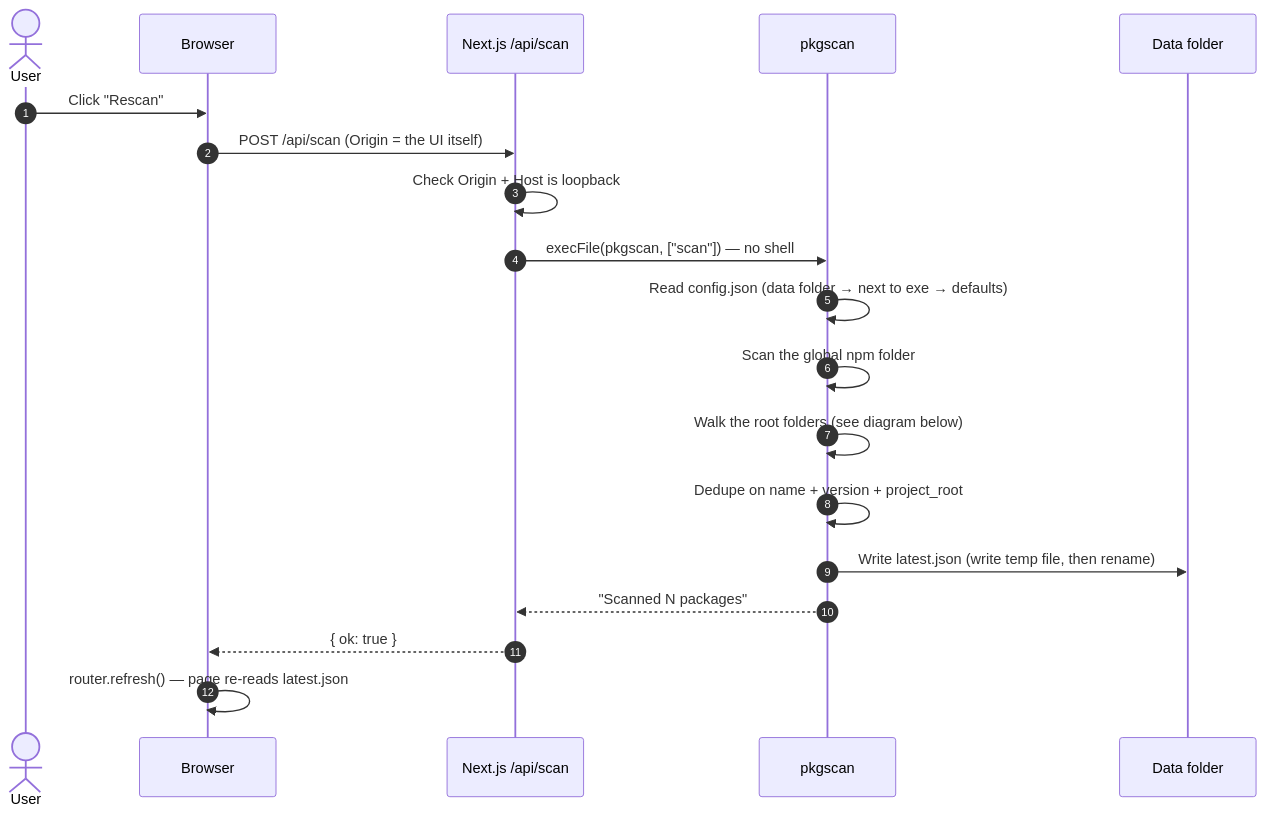
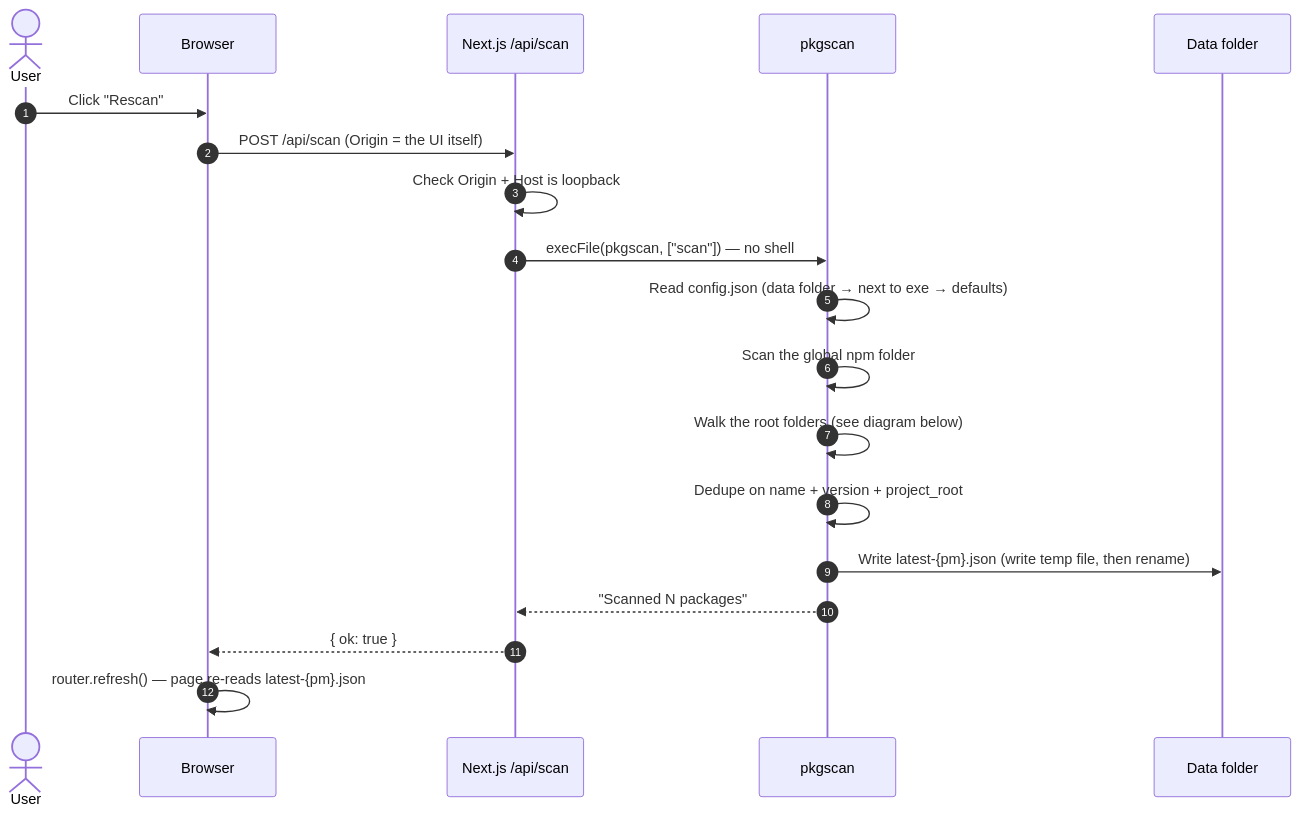
Before and after one commit to phanhuyyy/libpack-guard: the second of 12 diagrams in docs/en/workflows.md, drawn with Mermaid. The commit also changed other lines of this file and 50 other files, not shown here.

````diff
--- a/docs/en/workflows.md
+++ b/docs/en/workflows.md
@@ -38,22 +38,22 @@
 ```mermaid
 sequenceDiagram
     autonumber
     actor U as User
     participant B as Browser
     participant S as Next.js /api/scan
     participant A as pkgscan
     participant D as Data folder
 
     U->>B: Click "Rescan"
     B->>S: POST /api/scan (Origin = the UI itself)
     S->>S: Check Origin + Host is loopback
     S->>A: execFile(pkgscan, ["scan"]) — no shell
     A->>A: Read config.json (data folder → next to exe → defaults)
     A->>A: Scan the global npm folder
     A->>A: Walk the root folders (see diagram below)
     A->>A: Dedupe on name + version + project_root
-    A->>D: Write latest.json (write temp file, then rename)
+    A->>D: Write latest-{pm}.json (write temp file, then rename)
     A-->>S: "Scanned N packages"
     S-->>B: { ok: true }
-    B->>B: router.refresh() — page re-reads latest.json
+    B->>B: router.refresh() — page re-reads latest-{pm}.json
 ```
````
